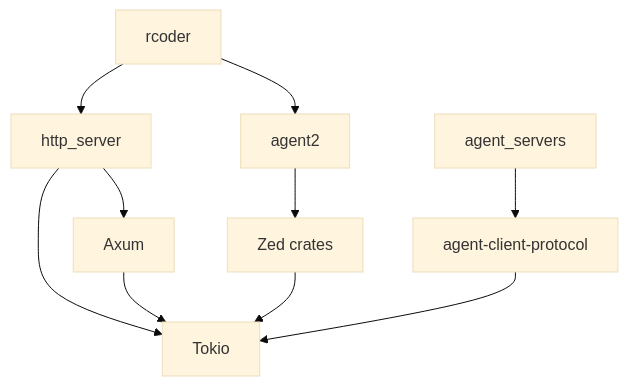
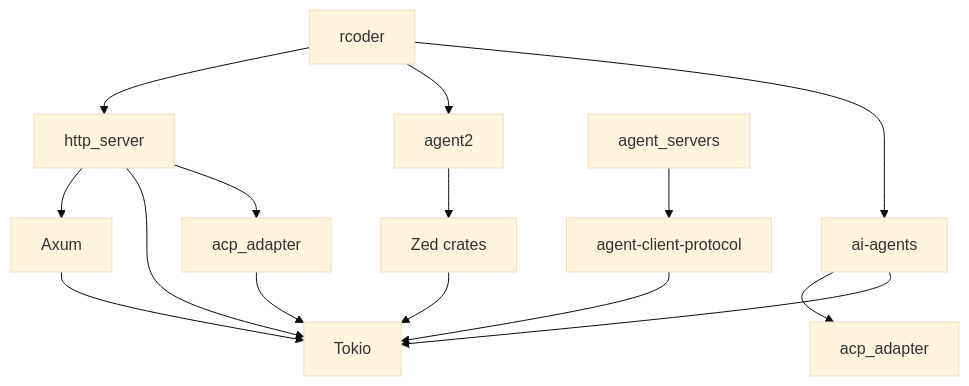
Before and after one commit to nuwax-ai/rcoder: diagram 11 of 11 in .qoder/repowiki/zh/content/项目概述.md, drawn with Mermaid (base theme). The commit also changed other lines of this file and 85 other files, not shown here.

First line of the commit message:
refactor(acp_adapter): 重构会话管理及连接模块以替代旧实现

````diff
--- a/.qoder/repowiki/zh/content/项目概述.md
+++ b/.qoder/repowiki/zh/content/项目概述.md
@@ -153,12 +417,17 @@
 ```mermaid
 graph TD
 A[rcoder] --> B[http_server]
 A --> C[agent2]
 B --> D[Axum]
 B --> E[Tokio]
 C --> F[Zed crates]
 D --> E
 F --> E
 G[agent_servers] --> H[agent-client-protocol]
 H --> E
+B --> I[acp_adapter]
+I --> E
+A --> J[ai-agents]
+J --> K[acp_adapter]
+J --> E
 ```
````
